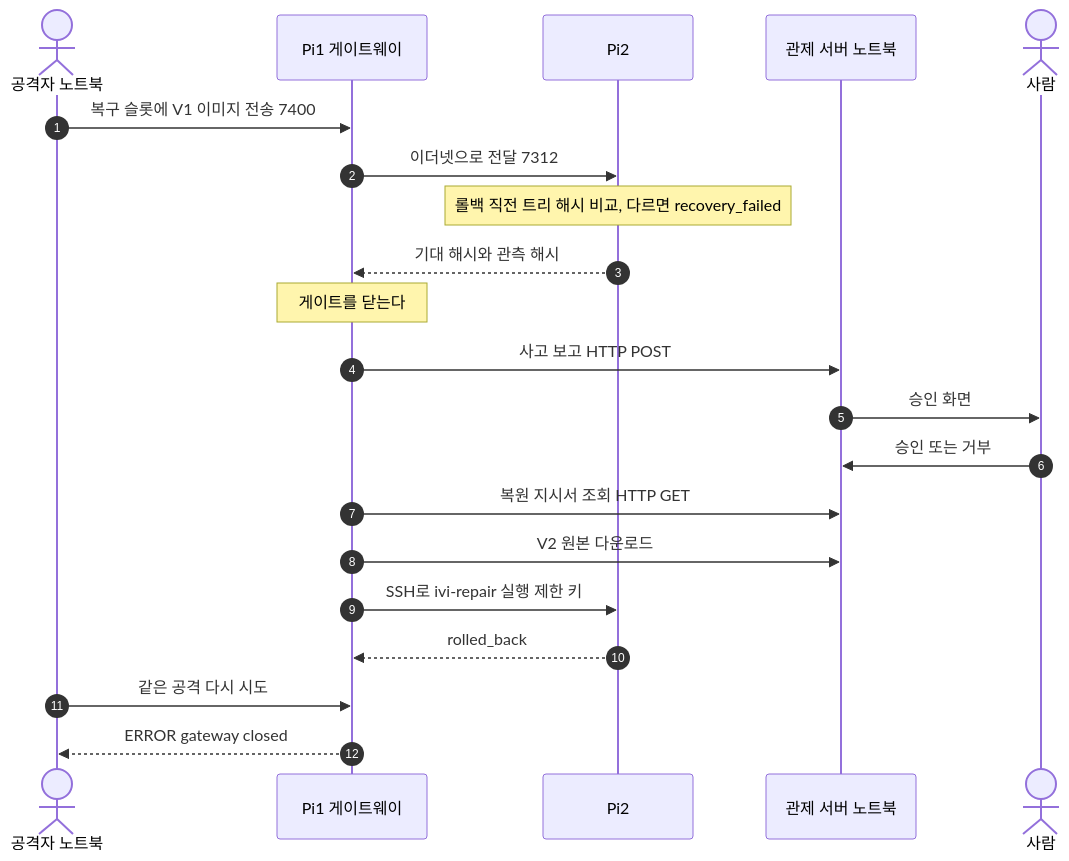
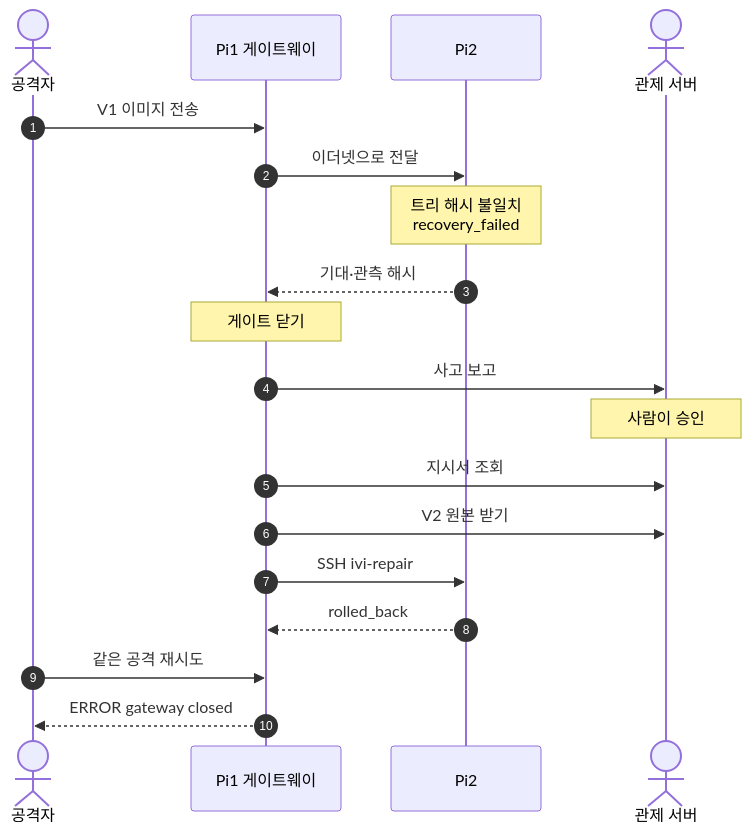
One commit to jsy202/CAPSTONE_OTA changed the third of 3 diagrams in README.md. Above: the diagram before and after it, drawn with Mermaid. The commit also changed other lines of this file, not shown here.

Commit message:
docs(readme): 다이어그램을 단순하게 줄여 GitHub에서 더 크게 보이게 함

````diff
--- a/README.md
+++ b/README.md
@@ -106,23 +94,22 @@
 ```mermaid
+%%{init: {"themeVariables": {"fontSize": "20px"}}}%%
 sequenceDiagram
   autonumber
-  actor ATK as 공격자 노트북
+  actor ATK as 공격자
   participant GW as Pi1 게이트웨이
   participant P2 as Pi2
-  participant SRV as 관제 서버 노트북
-  actor HUM as 사람
-  ATK->>GW: 복구 슬롯에 V1 이미지 전송 7400
-  GW->>P2: 이더넷으로 전달 7312
-  Note over P2: 롤백 직전 트리 해시 비교, 다르면 recovery_failed
-  P2-->>GW: 기대 해시와 관측 해시
-  Note over GW: 게이트를 닫는다
-  GW->>SRV: 사고 보고 HTTP POST
-  SRV->>HUM: 승인 화면
-  HUM->>SRV: 승인 또는 거부
-  GW->>SRV: 복원 지시서 조회 HTTP GET
-  GW->>SRV: V2 원본 다운로드
-  GW->>P2: SSH로 ivi-repair 실행 제한 키
+  actor SRV as 관제 서버
+  ATK->>GW: V1 이미지 전송
+  GW->>P2: 이더넷으로 전달
+  Note over P2: 트리 해시 불일치<br/>recovery_failed
+  P2-->>GW: 기대·관측 해시
+  Note over GW: 게이트 닫기
+  GW->>SRV: 사고 보고
+  Note over SRV: 사람이 승인
+  GW->>SRV: 지시서 조회
+  GW->>SRV: V2 원본 받기
+  GW->>P2: SSH ivi-repair
   P2-->>GW: rolled_back
-  ATK->>GW: 같은 공격 다시 시도
+  ATK->>GW: 같은 공격 재시도
   GW-->>ATK: ERROR gateway closed
 ```
````
